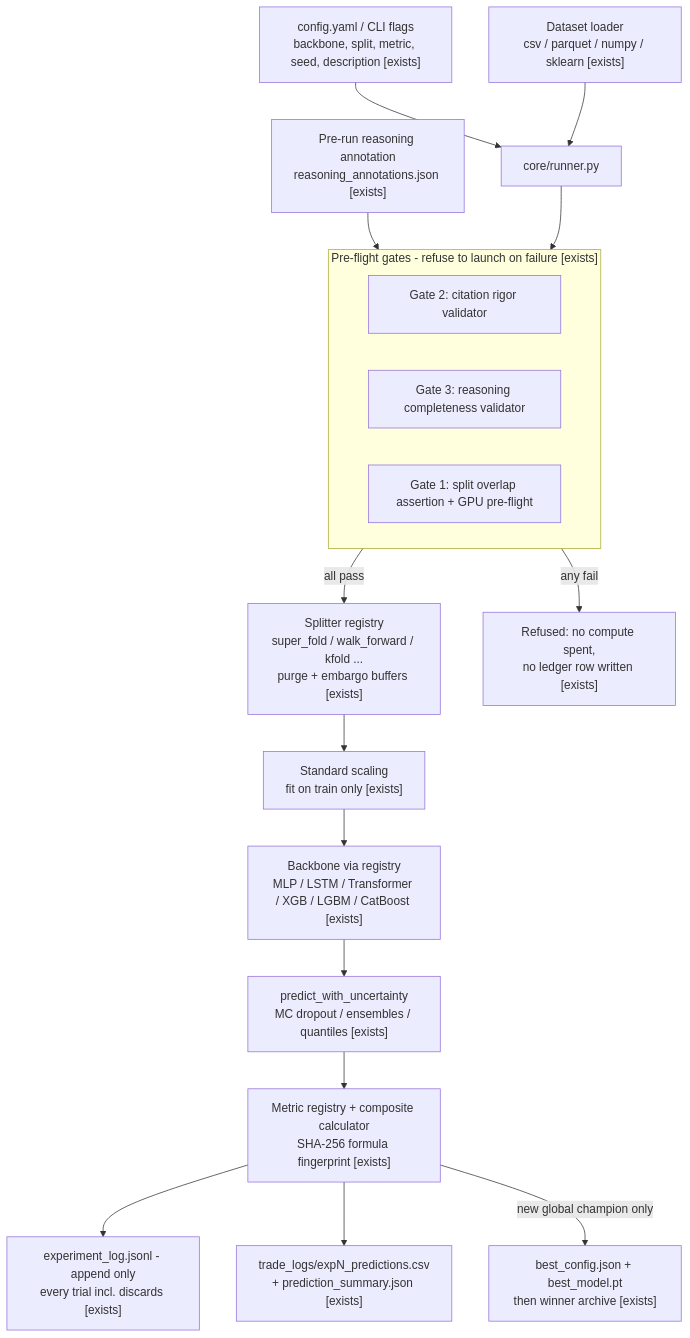
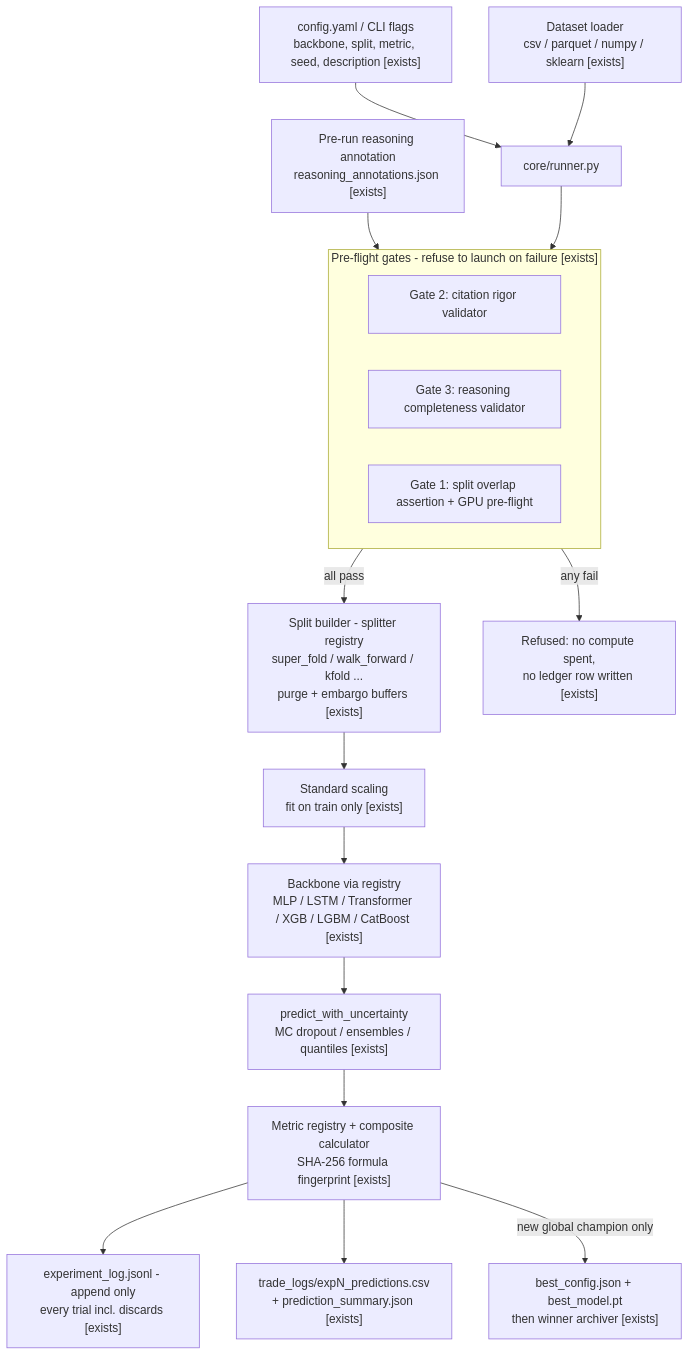
The diagram in runs/autoresearch/tech/architecture/D01.md (dlmastery/startup-skills), drawn with Mermaid before and after one commit. The commit also changed 10 other files, not shown here.

````diff
--- a/runs/autoresearch/tech/architecture/D01.md
+++ b/runs/autoresearch/tech/architecture/D01.md
@@ -5,25 +5,25 @@
 ```mermaid
 flowchart TD
     CFG["config.yaml / CLI flags<br/>backbone, split, metric, seed, description [exists]"] --> RUN
     DATA["Dataset loader<br/>csv / parquet / numpy / sklearn [exists]"] --> RUN
     ANN["Pre-run reasoning annotation<br/>reasoning_annotations.json [exists]"] --> GATES
 
     subgraph GATES["Pre-flight gates - refuse to launch on failure [exists]"]
         G2["Gate 2: citation rigor validator"]
         G3["Gate 3: reasoning completeness validator"]
         G1["Gate 1: split overlap assertion + GPU pre-flight"]
     end
 
     RUN["core/runner.py"] --> GATES
-    GATES -->|all pass| SPLIT["Splitter registry<br/>super_fold / walk_forward / kfold ...<br/>purge + embargo buffers [exists]"]
+    GATES -->|all pass| SPLIT["Split builder - splitter registry<br/>super_fold / walk_forward / kfold ...<br/>purge + embargo buffers [exists]"]
     GATES -->|any fail| REFUSE["Refused: no compute spent,<br/>no ledger row written [exists]"]
 
     SPLIT --> SCALE["Standard scaling<br/>fit on train only [exists]"]
     SCALE --> BB["Backbone via registry<br/>MLP / LSTM / Transformer / XGB / LGBM / CatBoost [exists]"]
     BB --> PRED["predict_with_uncertainty<br/>MC dropout / ensembles / quantiles [exists]"]
     PRED --> MET["Metric registry + composite calculator<br/>SHA-256 formula fingerprint [exists]"]
 
     MET --> LOG["experiment_log.jsonl - append only<br/>every trial incl. discards [exists]"]
     MET --> PLOG["trade_logs/expN_predictions.csv<br/>+ prediction_summary.json [exists]"]
-    MET -->|new global champion only| CHAMP["best_config.json + best_model.pt<br/>then winner archive [exists]"]
+    MET -->|new global champion only| CHAMP["best_config.json + best_model.pt<br/>then winner archiver [exists]"]
 ```
````
